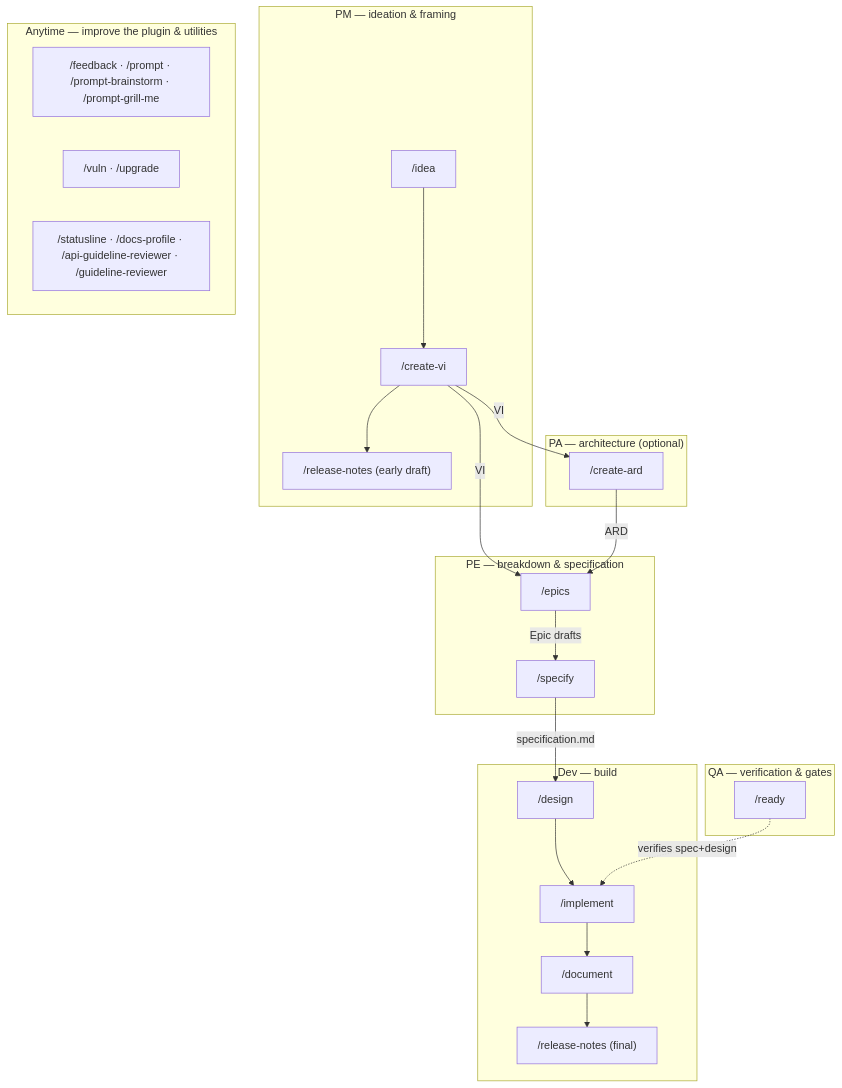
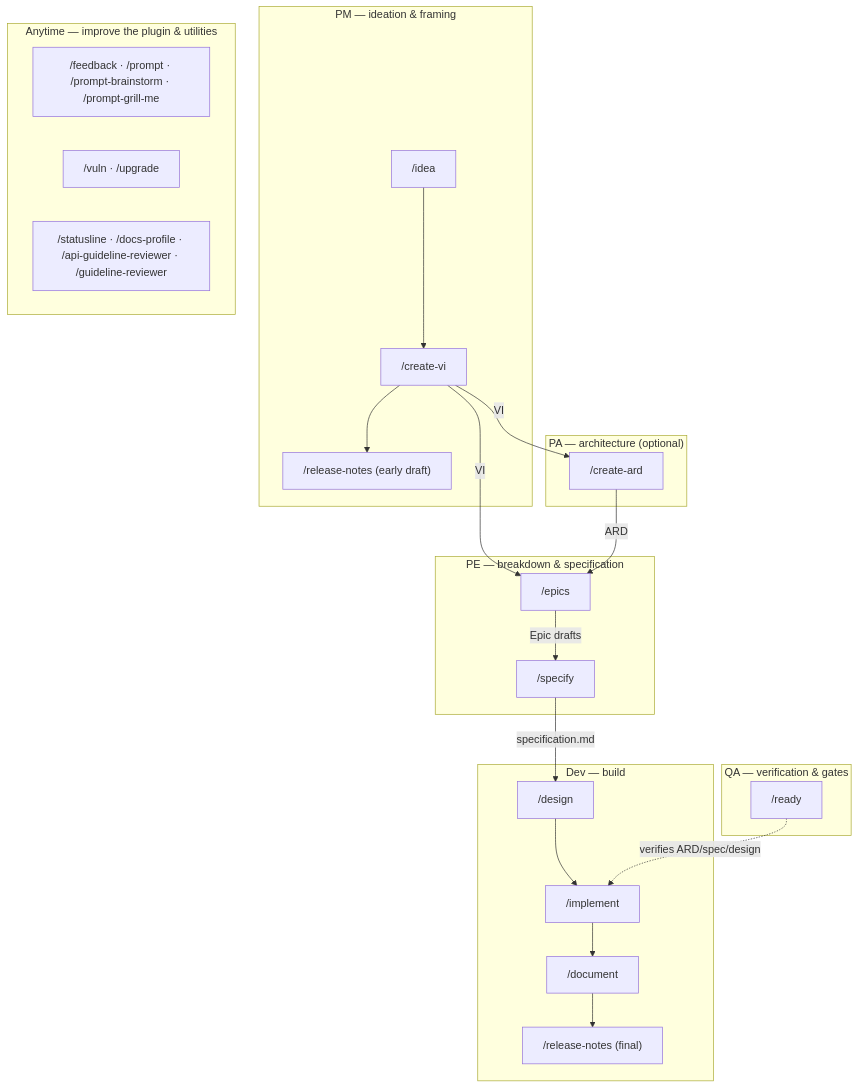
The first of 2 diagrams in plugins/dev-workflows/README.md (ihudak/ihudak-claude-plugins), drawn with Mermaid before and after one commit. The commit also changed other lines of this file, not shown here.

Commit message:
docs(dev-workflows): fix scattered README staleness (twelve feedback cmds, preload-context, /ready edge)

````diff
--- a/plugins/dev-workflows/README.md
+++ b/plugins/dev-workflows/README.md
@@ -46,34 +46,34 @@
 ```mermaid
 flowchart TD
     subgraph PM["PM — ideation & framing"]
         idea["/idea"] --> createvi["/create-vi"]
         createvi --> rnpm["/release-notes (early draft)"]
     end
     subgraph PA["PA — architecture (optional)"]
         createard["/create-ard"]
     end
     subgraph PE["PE — breakdown & specification"]
         epics["/epics"]
         specify["/specify"]
     end
     subgraph DEV["Dev — build"]
         design["/design"] --> implement["/implement"]
         implement --> document["/document"]
         document --> rndev["/release-notes (final)"]
     end
     subgraph QA["QA — verification & gates"]
         ready["/ready"]
     end
     subgraph ANY["Anytime — improve the plugin & utilities"]
         improve["/feedback · /prompt · /prompt-brainstorm · /prompt-grill-me"]
         maint["/vuln · /upgrade"]
         tooling["/statusline · /docs-profile · /api-guideline-reviewer · /guideline-reviewer"]
     end
 
     createvi -->|VI| createard
     createvi -->|VI| epics
     createard -->|ARD| epics
     epics -->|Epic drafts| specify
     specify -->|specification.md| design
-    ready -. verifies spec+design .-> implement
+    ready -. verifies ARD/spec/design .-> implement
 ```
````
